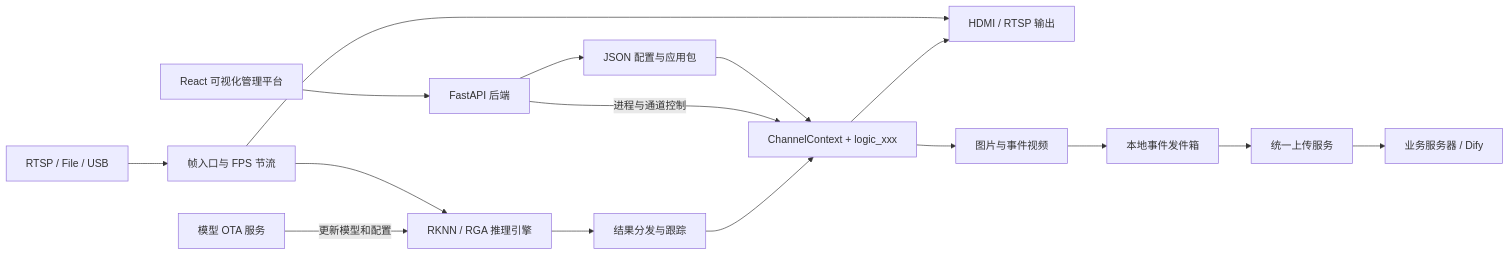
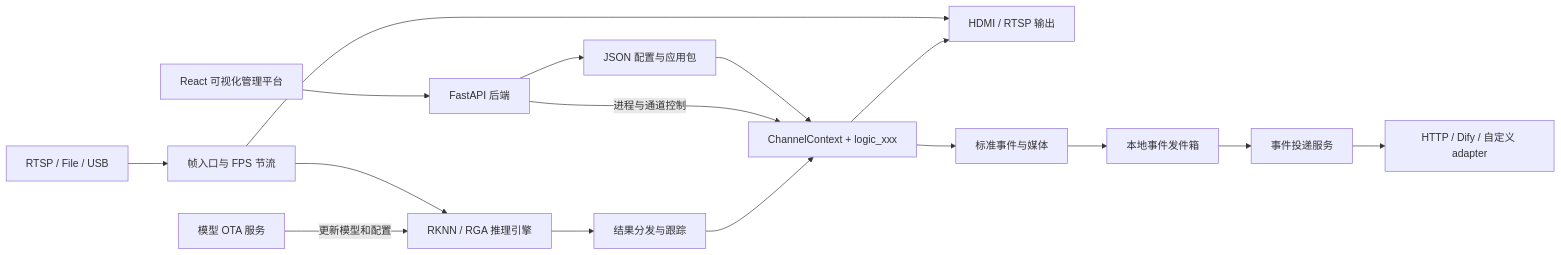
The diagram in README.md (LaoWei2001/rk3588_visual_analysis_framework), drawn with Mermaid before and after one commit. The commit also changed other lines of this file and 208 other files, not shown here.

````diff
--- a/README.md
+++ b/README.md
@@ -79,36 +87,36 @@
 ```mermaid
 flowchart LR
     Web[React 可视化管理平台]
     API[FastAPI 后端]
     Config[JSON 配置与应用包]
 
     Capture[RTSP / File / USB]
     Inlet[帧入口与 FPS 节流]
     Infer[RKNN / RGA 推理引擎]
     Track[结果分发与跟踪]
     Logic[ChannelContext + logic_xxx]
 
     Display[HDMI / RTSP 输出]
-    Alarm[图片与事件视频]
+    EventMedia[标准事件与媒体]
     Outbox[本地事件发件箱]
-    Upload[统一上传服务]
-    Remote[业务服务器 / Dify]
+    Upload[事件投递服务]
+    Remote[HTTP / Dify / 自定义 adapter]
     OTA[模型 OTA 服务]
 
     Web --> API
     API --> Config
     Config --> Logic
     API -->|进程与通道控制| Logic
 
     Capture --> Inlet
     Inlet --> Infer
     Infer --> Track
     Track --> Logic
     Inlet --> Display
     Logic --> Display
-    Logic --> Alarm
-    Alarm --> Outbox
+    Logic --> EventMedia
+    EventMedia --> Outbox
     Outbox --> Upload
     Upload --> Remote
     OTA -->|更新模型和配置| Infer
 ```
````
